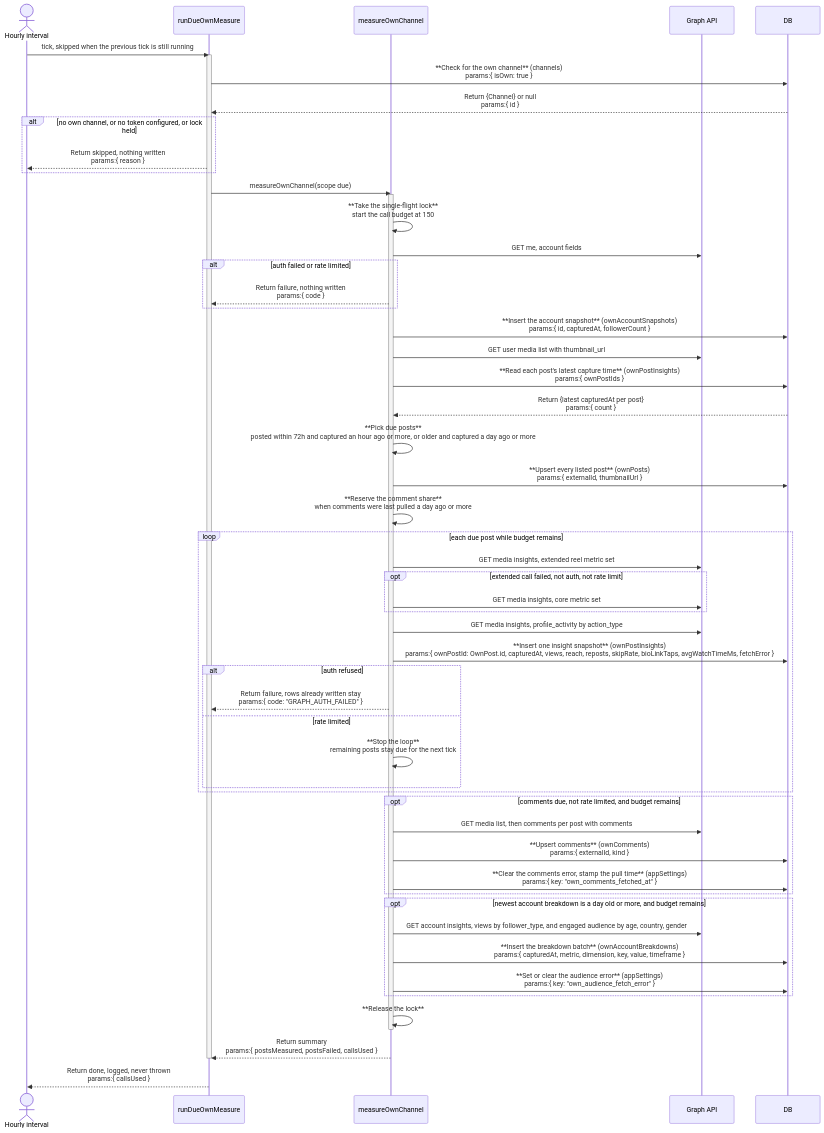
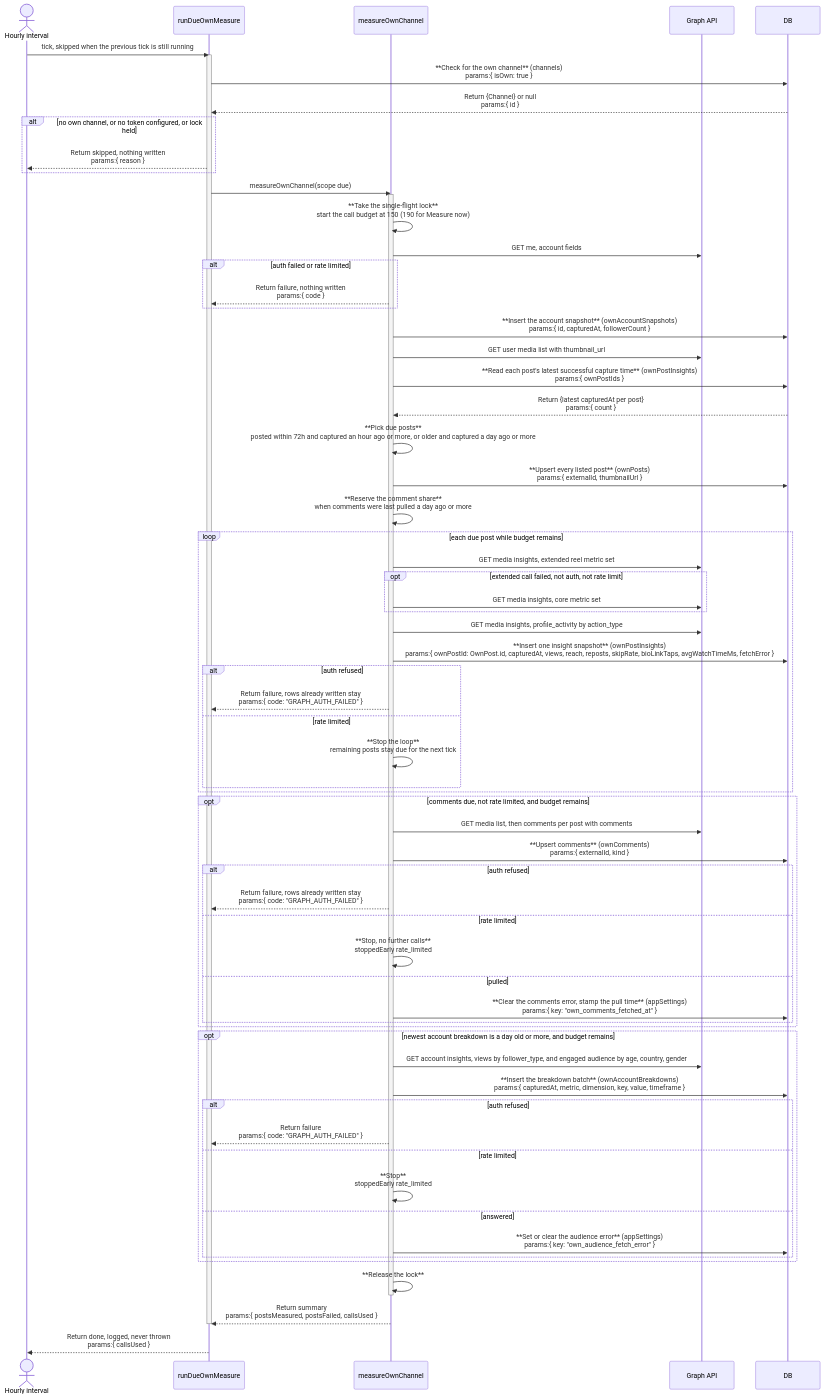
The third of 4 diagrams in documents/architect/core-components/mine/02-architecture.md (Kaiships-ai/crowsnest), drawn with Mermaid before and after one commit. The commit also changed other lines of this file and 3 other files, not shown here.

````diff
--- a/documents/architect/core-components/mine/02-architecture.md
+++ b/documents/architect/core-components/mine/02-architecture.md
@@ -225,58 +226,70 @@
 ```mermaid
 sequenceDiagram
     actor Timer as Hourly interval
     participant Tick as runDueOwnMeasure
     participant Svc as measureOwnChannel
     participant Graph as Graph API
     participant DB
 
     Timer->>Tick: tick, skipped when the previous tick is still running
     activate Tick
     Tick->>DB: **Check for the own channel** (channels)<br/>params:{ isOwn: true }
     DB-->>Tick: Return {Channel} or null<br/>params:{ id }
     alt no own channel, or no token configured, or lock held
         Tick-->>Timer: Return skipped, nothing written<br/>params:{ reason }
     end
     Tick->>Svc: measureOwnChannel(scope due)
     activate Svc
-    Svc->>Svc: **Take the single-flight lock**<br/>start the call budget at 150
+    Svc->>Svc: **Take the single-flight lock**<br/>start the call budget at 150 (190 for Measure now)
     Svc->>Graph: GET me, account fields
     alt auth failed or rate limited
         Svc-->>Tick: Return failure, nothing written<br/>params:{ code }
     end
     Svc->>DB: **Insert the account snapshot** (ownAccountSnapshots)<br/>params:{ id, capturedAt, followerCount }
     Svc->>Graph: GET user media list with thumbnail_url
-    Svc->>DB: **Read each post's latest capture time** (ownPostInsights)<br/>params:{ ownPostIds }
+    Svc->>DB: **Read each post's latest successful capture time** (ownPostInsights)<br/>params:{ ownPostIds }
     DB-->>Svc: Return {latest capturedAt per post}<br/>params:{ count }
     Svc->>Svc: **Pick due posts**<br/>posted within 72h and captured an hour ago or more, or older and captured a day ago or more
     Svc->>DB: **Upsert every listed post** (ownPosts)<br/>params:{ externalId, thumbnailUrl }
     Svc->>Svc: **Reserve the comment share**<br/>when comments were last pulled a day ago or more
     loop each due post while budget remains
         Svc->>Graph: GET media insights, extended reel metric set
         opt extended call failed, not auth, not rate limit
             Svc->>Graph: GET media insights, core metric set
         end
         Svc->>Graph: GET media insights, profile_activity by action_type
         Svc->>DB: **Insert one insight snapshot** (ownPostInsights)<br/>params:{ ownPostId: OwnPost.id, capturedAt, views, reach, reposts, skipRate, bioLinkTaps, avgWatchTimeMs, fetchError }
         alt auth refused
             Svc-->>Tick: Return failure, rows already written stay<br/>params:{ code: "GRAPH_AUTH_FAILED" }
         else rate limited
             Svc->>Svc: **Stop the loop**<br/>remaining posts stay due for the next tick
         end
     end
     opt comments due, not rate limited, and budget remains
         Svc->>Graph: GET media list, then comments per post with comments
         Svc->>DB: **Upsert comments** (ownComments)<br/>params:{ externalId, kind }
-        Svc->>DB: **Clear the comments error, stamp the pull time** (appSettings)<br/>params:{ key: "own_comments_fetched_at" }
+        alt auth refused
+            Svc-->>Tick: Return failure, rows already written stay<br/>params:{ code: "GRAPH_AUTH_FAILED" }
+        else rate limited
+            Svc->>Svc: **Stop, no further calls**<br/>stoppedEarly rate_limited
+        else pulled
+            Svc->>DB: **Clear the comments error, stamp the pull time** (appSettings)<br/>params:{ key: "own_comments_fetched_at" }
+        end
     end
     opt newest account breakdown is a day old or more, and budget remains
         Svc->>Graph: GET account insights, views by follower_type, and engaged audience by age, country, gender
         Svc->>DB: **Insert the breakdown batch** (ownAccountBreakdowns)<br/>params:{ capturedAt, metric, dimension, key, value, timeframe }
-        Svc->>DB: **Set or clear the audience error** (appSettings)<br/>params:{ key: "own_audience_fetch_error" }
+        alt auth refused
+            Svc-->>Tick: Return failure<br/>params:{ code: "GRAPH_AUTH_FAILED" }
+        else rate limited
+            Svc->>Svc: **Stop**<br/>stoppedEarly rate_limited
+        else answered
+            Svc->>DB: **Set or clear the audience error** (appSettings)<br/>params:{ key: "own_audience_fetch_error" }
+        end
     end
     Svc->>Svc: **Release the lock**
     deactivate Svc
     Svc-->>Tick: Return summary<br/>params:{ postsMeasured, postsFailed, callsUsed }
     deactivate Tick
     Tick-->>Timer: Return done, logged, never thrown<br/>params:{ callsUsed }
 ```
````
